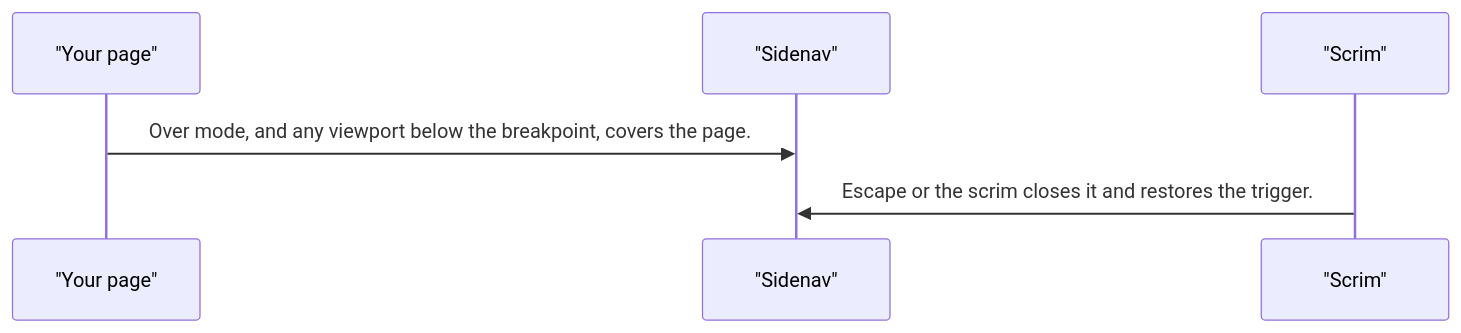
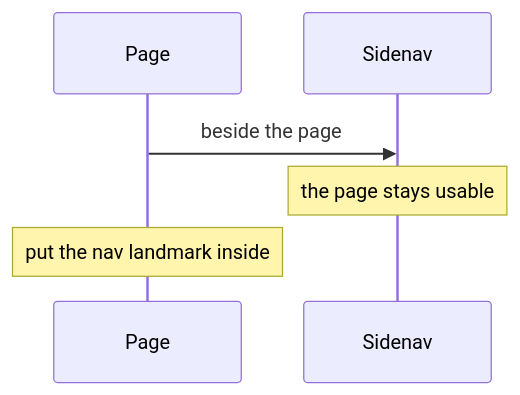
One commit to RajshekharBorate/pixel-ui changed the second of 4 diagrams in projects/pixel-ui/src/lib/pixel-sidenav/DESIGN.md. Above: the diagram before and after it, drawn with Mermaid. The commit also changed other lines of this file and 73 other files, not shown here.

Commit message:
Explain who owns each value and what each flow does in every component and service design.

````diff
--- a/projects/pixel-ui/src/lib/pixel-sidenav/DESIGN.md
+++ b/projects/pixel-ui/src/lib/pixel-sidenav/DESIGN.md
@@ -64,8 +66,8 @@
 ```mermaid
 sequenceDiagram
-  participant page as "Your page"
-  participant nav as "Sidenav"
-  participant scrim as "Scrim"
-  page->>nav: Over mode, and any viewport below the breakpoint, covers the page.
-  scrim->>nav: Escape or the scrim closes it and restores the trigger.
+  participant Page
+  participant Nav as Sidenav
+  Page->>Nav: beside the page
+  Note over Nav: the page stays usable
+  Note over Page: put the nav landmark inside
 ```
````
